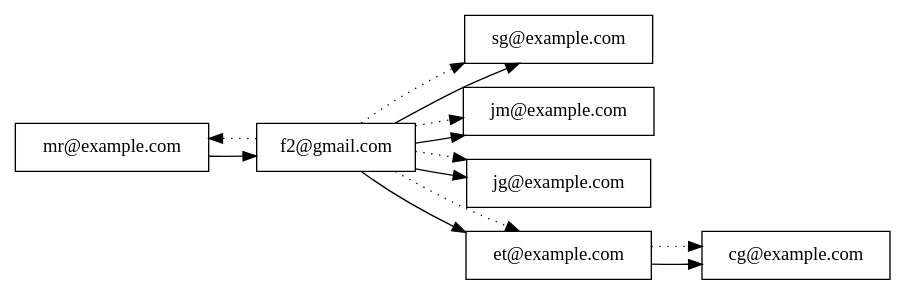
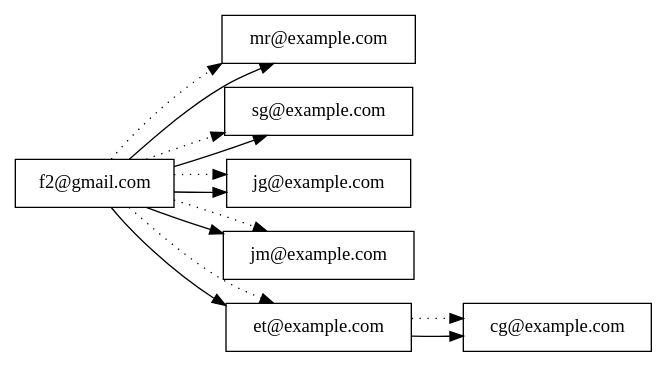
The diagram in Fase3/main/build/Desktop_Qt_6_7_2_MinGW_64_bit-Debug/ListaAdyacencia.dot (Kevin-alvarez1/PROYECTO_MULTIFASES_RED_SOCIAL), drawn with Graphviz before and after one commit. The commit also changed 463 other files, not shown here.

```diff
--- a/Fase3/main/build/Desktop_Qt_6_7_2_MinGW_64_bit-Debug/ListaAdyacencia.dot
+++ b/Fase3/main/build/Desktop_Qt_6_7_2_MinGW_64_bit-Debug/ListaAdyacencia.dot
@@ -1,26 +1,26 @@
 digraph G {
 rankdir=LR;
+"f2@gmail.com" [shape=box];
 "mr@example.com" [shape=box];
-"f2@gmail.com" [shape=box];
 "sg@example.com" [shape=box];
+"jg@example.com" [shape=box];
 "jm@example.com" [shape=box];
-"jg@example.com" [shape=box];
 "et@example.com" [shape=box];
 "cg@example.com" [shape=box];
 
 // Conexiones de amistad
-"mr@example.com" -> "f2@gmail.com";
+"f2@gmail.com" -> "mr@example.com";
 "f2@gmail.com" -> "sg@example.com";
+"f2@gmail.com" -> "jg@example.com";
 "f2@gmail.com" -> "jm@example.com";
-"f2@gmail.com" -> "jg@example.com";
 "f2@gmail.com" -> "et@example.com";
 "et@example.com" -> "cg@example.com";
 
 // Recomendaciones
+"et@example.com" -> "cg@example.com" [style=dotted];
 "f2@gmail.com" -> "sg@example.com" [style=dotted];
+"f2@gmail.com" -> "jg@example.com" [style=dotted];
 "f2@gmail.com" -> "jm@example.com" [style=dotted];
-"f2@gmail.com" -> "jg@example.com" [style=dotted];
 "f2@gmail.com" -> "et@example.com" [style=dotted];
-"et@example.com" -> "cg@example.com" [style=dotted];
 "f2@gmail.com" -> "mr@example.com" [style=dotted];
 }
```
